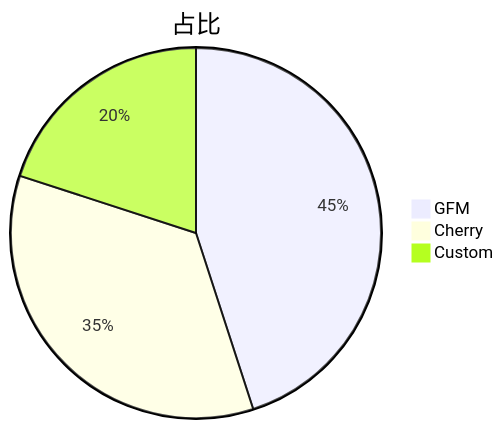
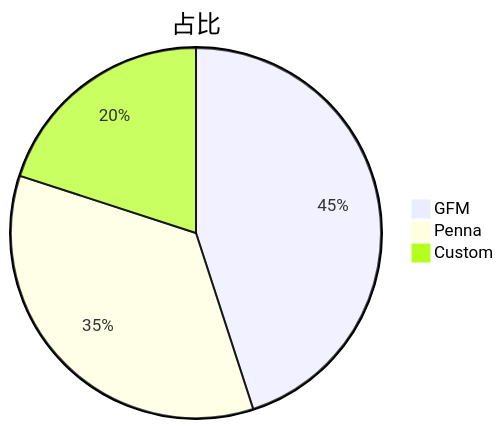
One commit to AnkioTomas/penna-markdown changed the third of 3 diagrams in docs/simple.md. Above: the diagram before and after it, drawn with Mermaid. The commit also changed other lines of this file and 398 other files, not shown here.

````diff
--- a/docs/simple.md
+++ b/docs/simple.md
@@ -403,6 +403,6 @@
 ```mermaid
 pie title 占比
   "GFM" : 45
-  "Cherry" : 35
+  "Penna" : 35
   "Custom" : 20
 ```
````
